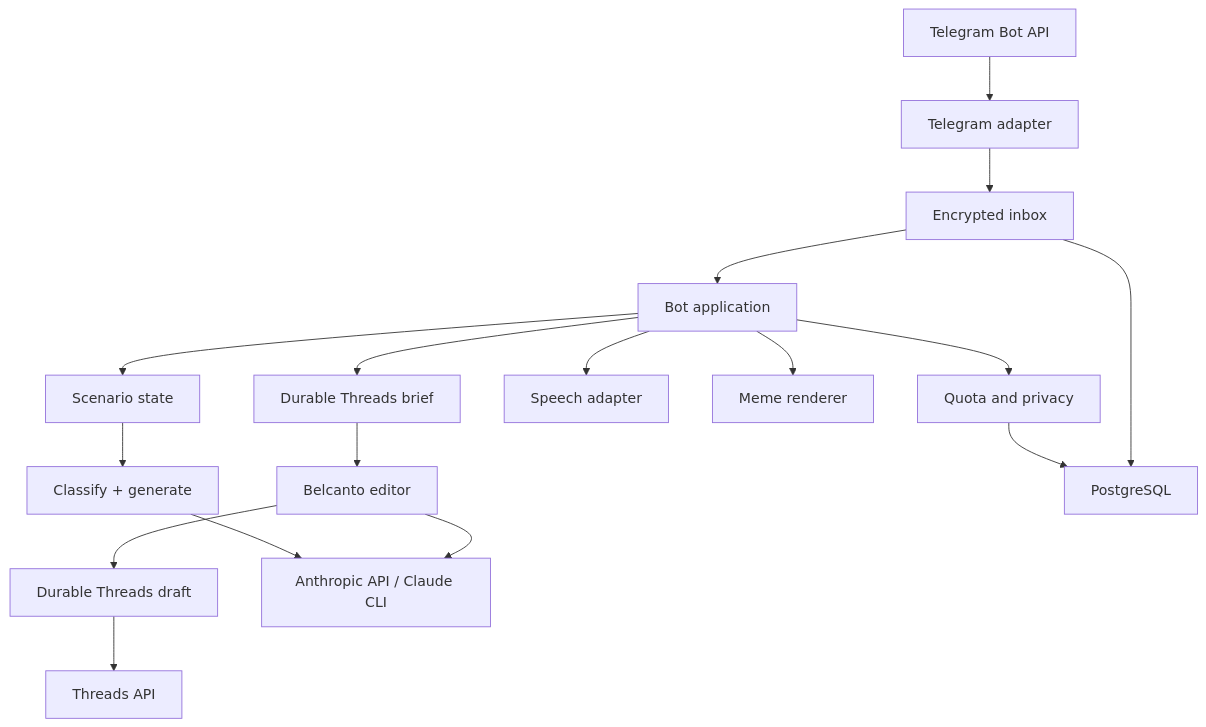
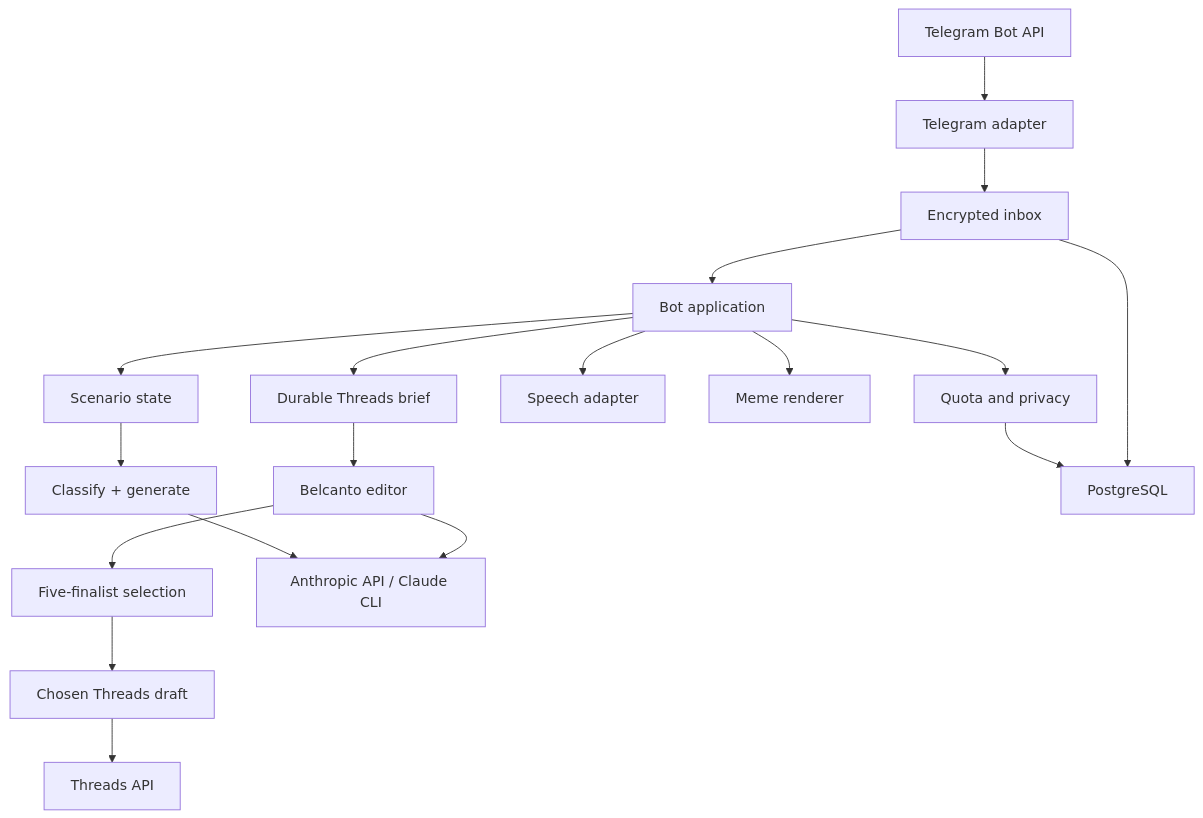
Before and after one commit to aleka7sk/witty-reply: the diagram in docs/architecture.md, drawn with Mermaid. The commit also changed other lines of this file and 25 other files, not shown here.

````diff
--- a/docs/architecture.md
+++ b/docs/architecture.md
@@ -5,19 +5,20 @@
 ```mermaid
 flowchart TD
     TG["Telegram Bot API"] --> T["Telegram adapter"]
     T --> QI["Encrypted inbox"]
     QI --> B["Bot application"]
     B --> Q["Quota and privacy"]
     B --> MODE["Scenario state"]
     MODE --> AI["Classify + generate"]
     B --> STT["Speech adapter"]
     B --> MEME["Meme renderer"]
     B --> TB["Durable Threads brief"]
     TB --> EDIT["Belcanto editor"]
-    EDIT --> TD["Durable Threads draft"]
+    EDIT --> FS["Five-finalist selection"]
+    FS --> TD["Chosen Threads draft"]
     TD --> TH["Threads API"]
     Q --> PG["PostgreSQL"]
     QI --> PG
     AI --> C["Anthropic API / Claude CLI"]
     EDIT --> C
 ```
````
